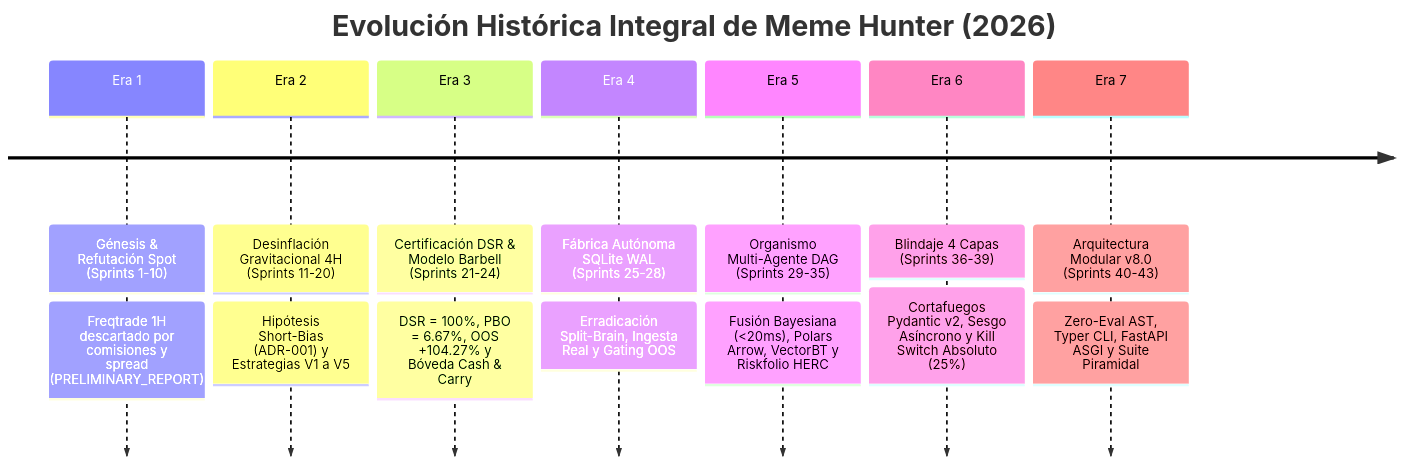
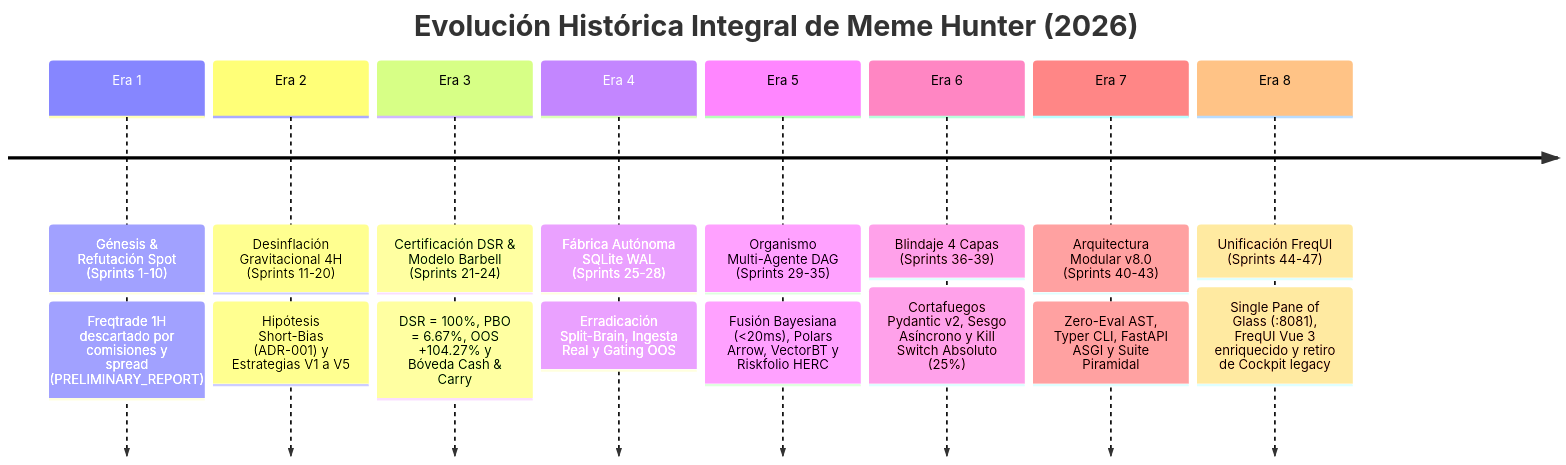
One commit to kalebCard/MemeHunter changed the diagram in docs/history/INDEX_HISTORICO.md. Above: the diagram before and after it, drawn with Mermaid. The commit also changed other lines of this file and 31 other files, not shown here.

Commit message:
feat: add quant API, strategy tester, health check script, and unified FreqUI architecture

````diff
--- a/docs/history/INDEX_HISTORICO.md
+++ b/docs/history/INDEX_HISTORICO.md
@@ -23,11 +23,12 @@
 ```mermaid
 timeline
     title Evolución Histórica Integral de Meme Hunter (2026)
     Era 1 : Génesis & Refutación Spot (Sprints 1-10) : Freqtrade 1H descartado por comisiones y spread (PRELIMINARY_REPORT)
     Era 2 : Desinflación Gravitacional 4H (Sprints 11-20) : Hipótesis Short-Bias (ADR-001) y Estrategias V1 a V5
     Era 3 : Certificación DSR & Modelo Barbell (Sprints 21-24) : DSR = 100%, PBO = 6.67%, OOS +104.27% y Bóveda Cash & Carry
     Era 4 : Fábrica Autónoma SQLite WAL (Sprints 25-28) : Erradicación Split-Brain, Ingesta Real y Gating OOS
     Era 5 : Organismo Multi-Agente DAG (Sprints 29-35) : Fusión Bayesiana (<20ms), Polars Arrow, VectorBT y Riskfolio HERC
     Era 6 : Blindaje 4 Capas (Sprints 36-39) : Cortafuegos Pydantic v2, Sesgo Asíncrono y Kill Switch Absoluto (25%)
     Era 7 : Arquitectura Modular v8.0 (Sprints 40-43) : Zero-Eval AST, Typer CLI, FastAPI ASGI y Suite Piramidal
+    Era 8 : Unificación FreqUI (Sprints 44-47) : Single Pane of Glass (:8081), FreqUI Vue 3 enriquecido y retiro de Cockpit legacy
 ```
````
